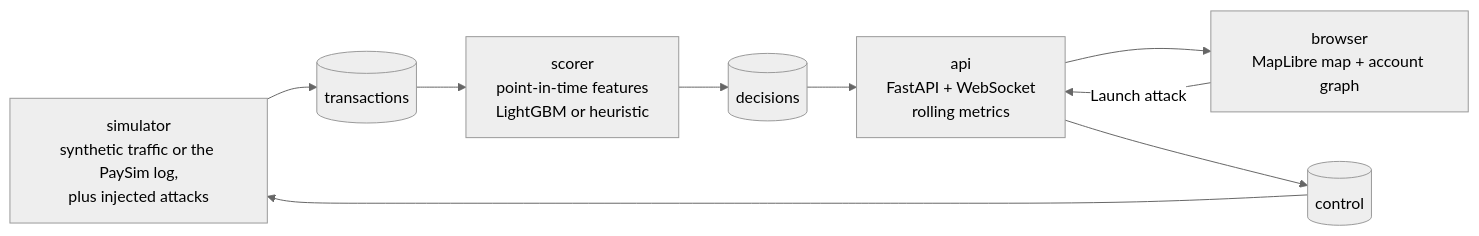
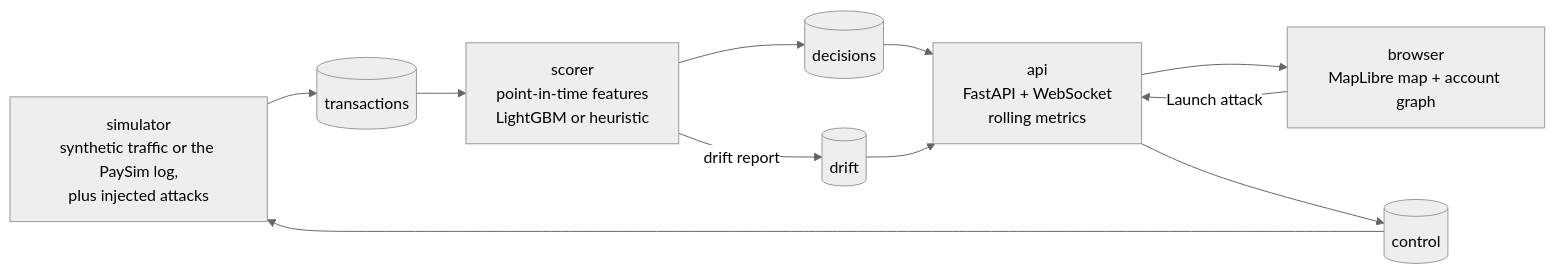
Before and after one commit to nguyenhoangkhang-2010/fraudradar-realtime-fraud-detection: the diagram in README.md, drawn with Mermaid (neutral theme). The commit also changed other lines of this file and 34 other files, not shown here.

````diff
--- a/README.md
+++ b/README.md
@@ -43,13 +48,15 @@
 ```mermaid
 flowchart LR
   sim["simulator<br/>synthetic traffic or the PaySim log,<br/>plus injected attacks"]
   tx[("transactions")]
   sc["scorer<br/>point-in-time features<br/>LightGBM or heuristic"]
   dec[("decisions")]
   api["api<br/>FastAPI + WebSocket<br/>rolling metrics"]
   ui["browser<br/>MapLibre map + account graph"]
   ctl[("control")]
+  drift[("drift")]
   sim --> tx --> sc --> dec --> api --> ui
+  sc -- "drift report" --> drift --> api
   ui -- "Launch attack" --> api
   api --> ctl --> sim
 ```
````
